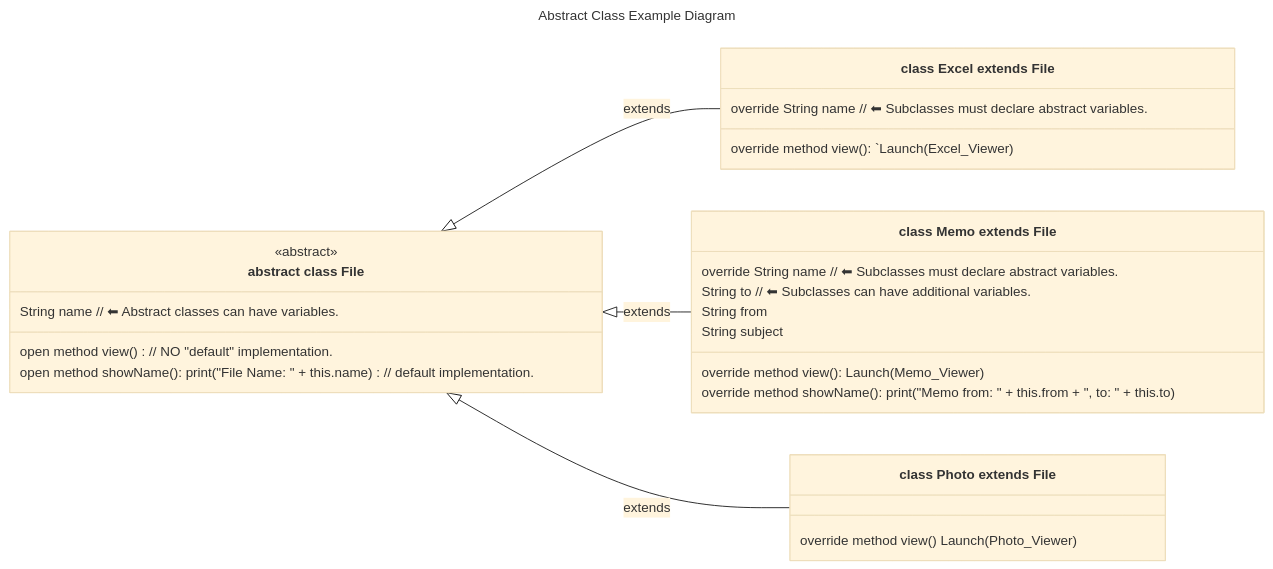
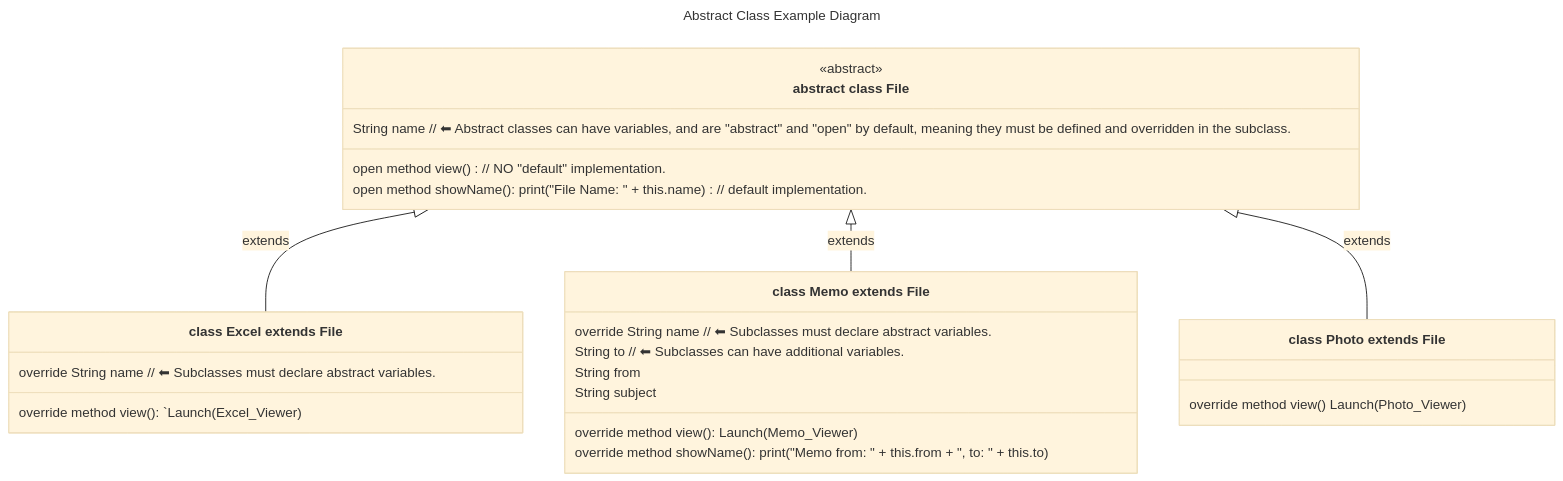
One commit to realityexpander/How_to_program_from_ground_up changed the fifth of 7 diagrams in 09-ClassOrientedProgramming.md. Above: the diagram before and after it, drawn with Mermaid (base theme).

Commit message:
improve COP

````diff
--- a/09-ClassOrientedProgramming.md
+++ b/09-ClassOrientedProgramming.md
@@ -627,35 +627,35 @@
     ```mermaid
     ---
     title: Abstract Class Example Diagram
       
     ---
     classDiagram
-    direction LR
+    direction TB
     File <|-- Excel : extends
     File <|-- Memo : extends
     File <|-- Photo : extends
       
     class File["abstract class File"] {
-       String name  // ⬅︎ Abstract classes can have variables.
+       String name  // ⬅︎ Abstract classes can have variables, and are "abstract" and "open" by default, meaning they must be defined and overridden in the subclass.
        open method view() // NO "default" implementation.
        open method showName():  print("File Name: " + this.name) // default implementation.
     }
     <<abstract>> File 
       
     class Excel["class Excel extends File"] {
        override String name // ⬅︎ Subclasses must declare abstract variables.
        override method view(): `Launch(Excel_Viewer) 
     }
     class Memo["class Memo extends File"] {
        override String name // ⬅︎ Subclasses must declare abstract variables.
        String to  // ⬅︎ Subclasses can have additional variables.
        String from
        String subject
        
        override method view(): Launch(Memo_Viewer) 
        override method showName(): print("Memo from: " + this.from + ", to: " + this.to)
     }
     class Photo["class Photo extends File"] {
        override method view() Launch(Photo_Viewer)
     }
     ```
````
